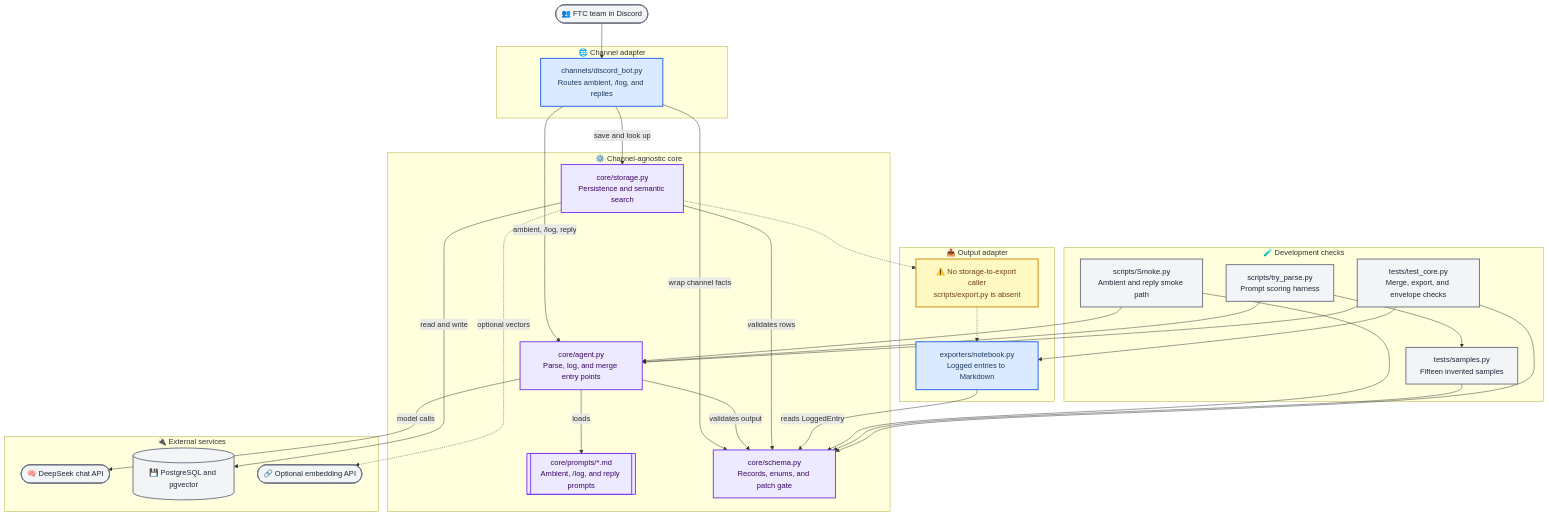
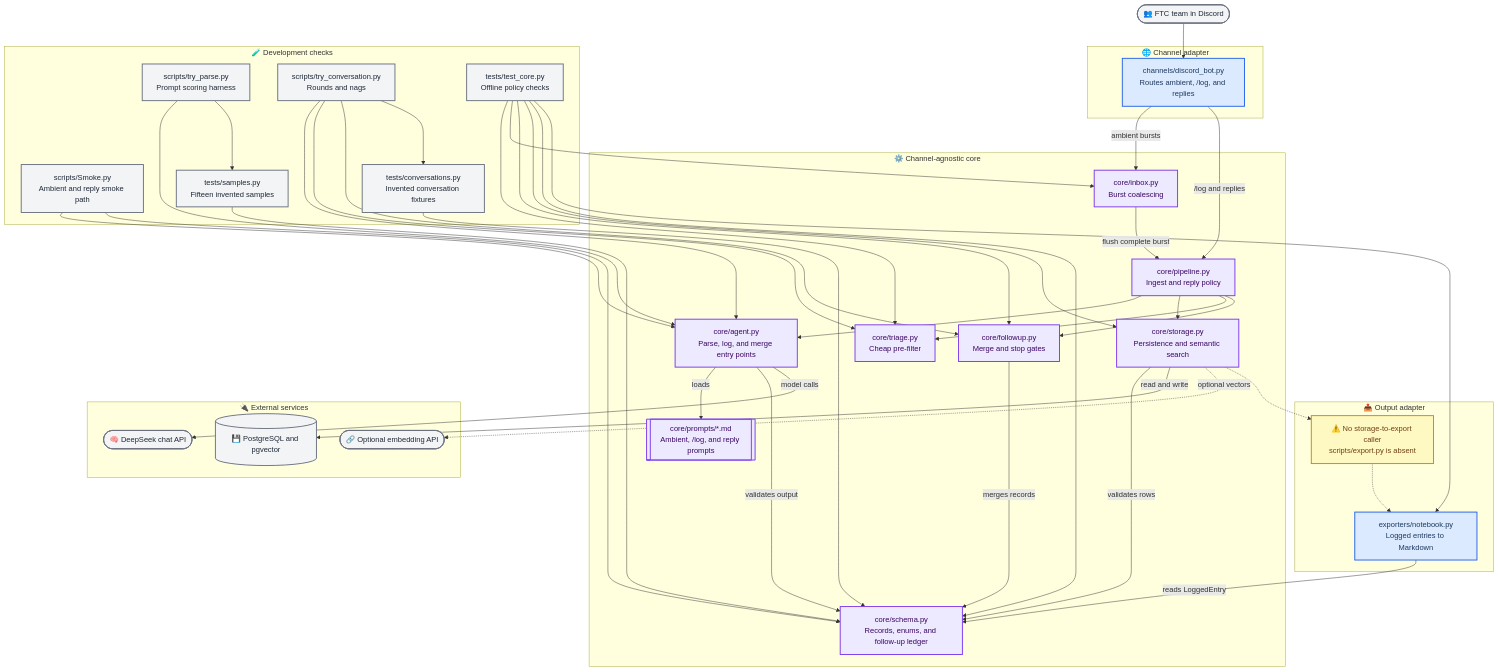
Before and after one commit to HackingU0/vibedoc.ai: the diagram in spec.md, drawn with Mermaid. The commit also changed other lines of this file and 1 other file, not shown here.

Commit message:
docs: record the conversational-capture architecture

````diff
--- a/spec.md
+++ b/spec.md
@@ -9,7 +9,7 @@
 ```mermaid
 flowchart TB
     accTitle: Current Discord FTC Agent Structure
-    accDescr: Implemented codebase layers showing Discord intake, the channel-agnostic core, persistence and model services, notebook export, and development checks. The dashed export path marks the caller that does not exist yet.
+    accDescr: Implemented codebase layers showing burst-aware Discord intake, channel-agnostic ingest policy, persistence and model services, notebook export, and development checks. The dashed export path marks the caller that does not exist yet.
 
     team(["👥 FTC team in Discord"])
 
@@ -18,9 +18,13 @@
     end
 
     subgraph core_layer ["⚙️ Channel-agnostic core"]
+        inbox["core/inbox.py<br/>Burst coalescing"]
+        pipeline["core/pipeline.py<br/>Ingest and reply policy"]
+        triage["core/triage.py<br/>Cheap pre-filter"]
+        followup["core/followup.py<br/>Merge and stop gates"]
         agent["core/agent.py<br/>Parse, log, and merge entry points"]
         prompts[["core/prompts/*.md<br/>Ambient, /log, and reply prompts"]]
-        schema["core/schema.py<br/>Records, enums, and patch gate"]
+        schema["core/schema.py<br/>Records, enums, and follow-up ledger"]
         storage["core/storage.py<br/>Persistence and semantic search"]
     end
 
@@ -38,18 +42,26 @@
     subgraph development_tools ["🧪 Development checks"]
         smoke["scripts/Smoke.py<br/>Ambient and reply smoke path"]
         scoring["scripts/try_parse.py<br/>Prompt scoring harness"]
+        conversation_scoring["scripts/try_conversation.py<br/>Rounds and nags"]
         samples["tests/samples.py<br/>Fifteen invented samples"]
-        tests["tests/test_core.py<br/>Merge, export, and envelope checks"]
+        conversations["tests/conversations.py<br/>Invented conversation fixtures"]
+        tests["tests/test_core.py<br/>Offline policy checks"]
     end
 
     team --> discord_bot
-    discord_bot -->|ambient, /log, reply| agent
-    discord_bot -->|save and look up| storage
-    discord_bot -->|wrap channel facts| schema
+    discord_bot -->|ambient bursts| inbox
+    inbox -->|flush complete burst| pipeline
+    discord_bot -->|/log and replies| pipeline
+
+    pipeline --> agent
+    pipeline --> storage
+    pipeline --> triage
+    pipeline --> followup
 
     agent -->|loads| prompts
     agent -->|validates output| schema
     agent -->|model calls| deepseek
+    followup -->|merges records| schema
     storage -->|validates rows| schema
     storage -->|read and write| postgres
     storage -.->|optional vectors| embeddings
@@ -63,7 +75,15 @@
     scoring --> agent
     scoring --> samples
     samples --> schema
-    tests --> agent
+    conversation_scoring --> agent
+    conversation_scoring --> triage
+    conversation_scoring --> followup
+    conversation_scoring --> conversations
+    conversations --> schema
+    tests --> triage
+    tests --> inbox
+    tests --> followup
+    tests --> storage
     tests --> schema
     tests --> notebook
 
@@ -73,7 +93,7 @@
     classDef warning fill:#fef9c3,stroke:#ca8a04,stroke-width:2px,color:#713f12
 
     class discord_bot,notebook adapter
-    class agent,prompts,schema,storage core
-    class team,deepseek,postgres,embeddings,smoke,scoring,samples,tests external
+    class inbox,pipeline,triage,followup,agent,prompts,schema,storage core
+    class team,deepseek,postgres,embeddings,smoke,scoring,conversation_scoring,samples,conversations,tests external
     class export_gap warning
 ```
````
